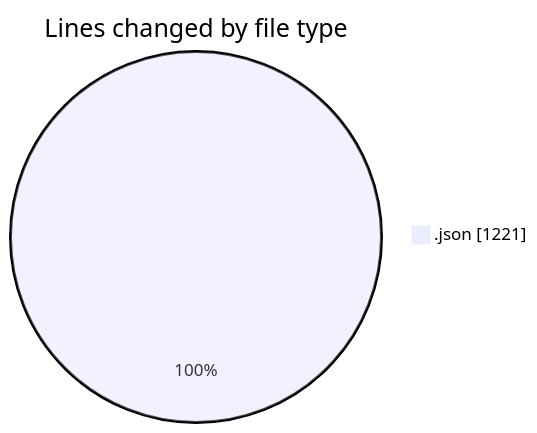
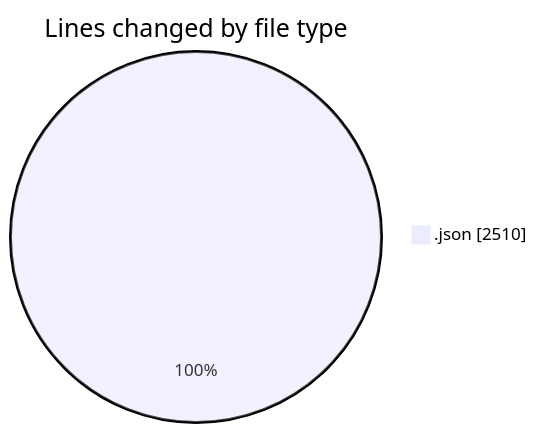
Before and after one commit to ricardozamudiocil/code-tracking: the first of 2 diagrams in 2026-10-20/cilapp/README.md, drawn with Mermaid. The commit also changed other lines of this file and 1 other file, not shown here.

````diff
--- a/2026-10-20/cilapp/README.md
+++ b/2026-10-20/cilapp/README.md
@@ -20,5 +20,5 @@
 ```mermaid
 pie showData
 title Lines changed by file type
-".json" : 1221
+".json" : 2510
 ```
````
